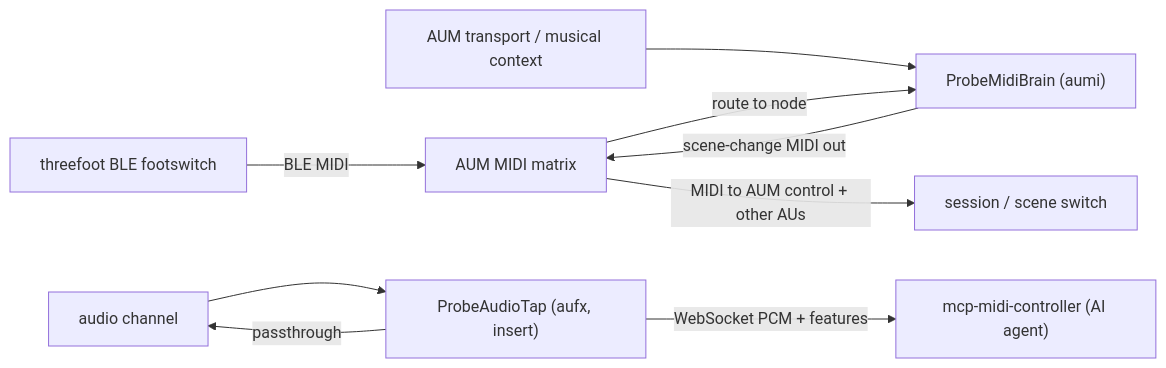
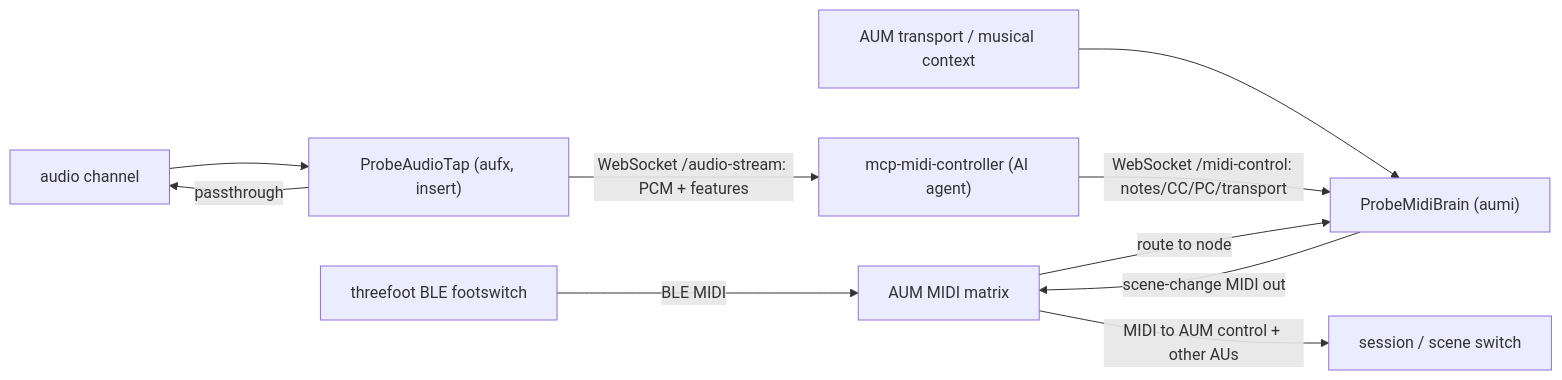
One commit to teemow/auv3-probe changed the diagram in docs/auv3-extension.md. Above: the diagram before and after it, drawn with Mermaid. The commit also changed other lines of this file and 32 other files, not shown here.

First line of the commit message:
Add AUM control surface: Bonjour discovery, LAN MIDI channel, host introspection

````diff
--- a/docs/auv3-extension.md
+++ b/docs/auv3-extension.md
@@ -42,11 +51,12 @@
 ```mermaid
 flowchart LR
   foot["threefoot BLE footswitch"] -->|"BLE MIDI"| aum["AUM MIDI matrix"]
   transport["AUM transport / musical context"] --> brain
+  mcp["mcp-midi-controller (AI agent)"] -->|"WebSocket /midi-control: notes/CC/PC/transport"| brain
   aum -->|"route to node"| brain["ProbeMidiBrain (aumi)"]
   brain -->|"scene-change MIDI out"| aum
   aum -->|"MIDI to AUM control + other AUs"| scene["session / scene switch"]
   audioIn["audio channel"] --> tap["ProbeAudioTap (aufx, insert)"]
   tap -->|"passthrough"| audioIn
-  tap -->|"WebSocket PCM + features"| mcp["mcp-midi-controller (AI agent)"]
+  tap -->|"WebSocket /audio-stream: PCM + features"| mcp
 ```
````
